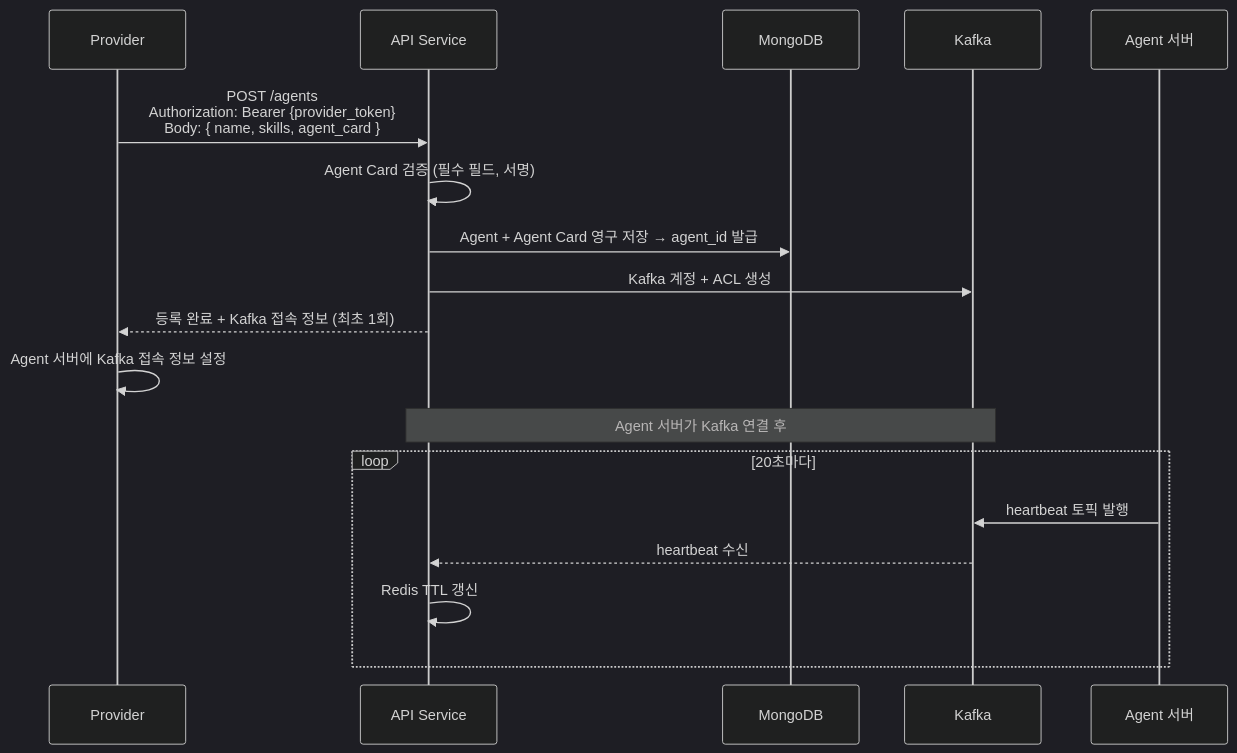
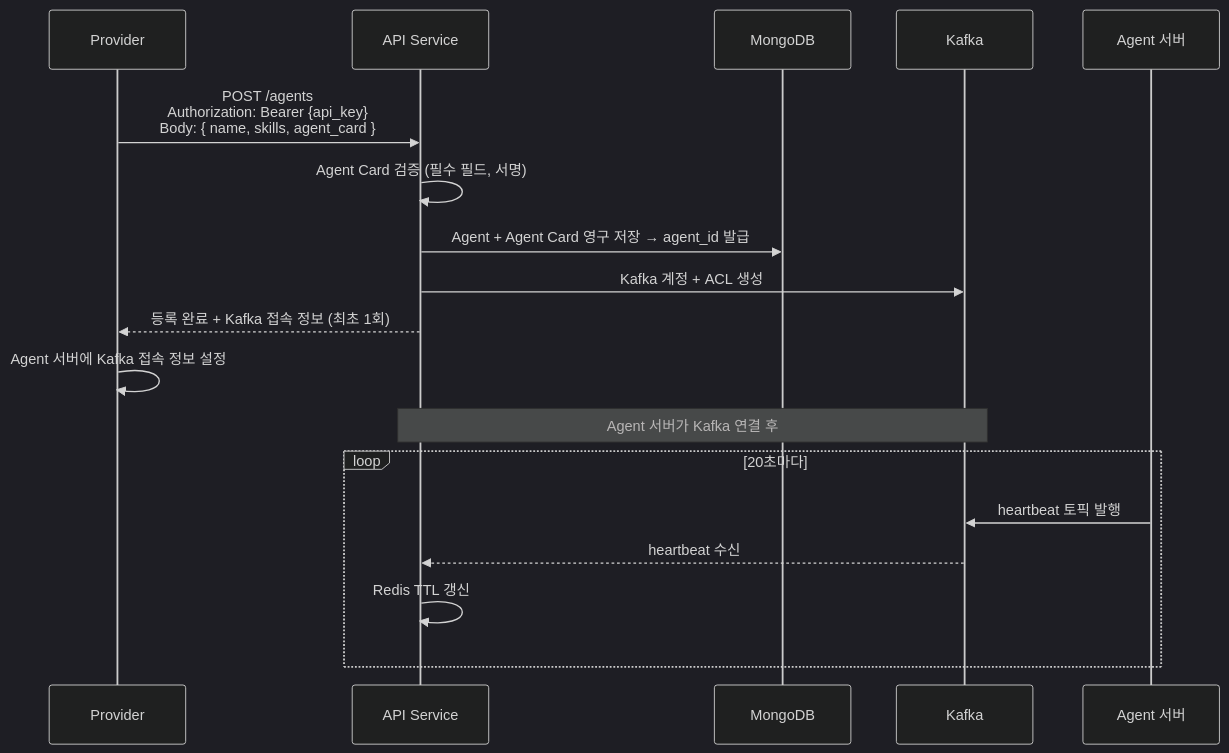
One commit to genie49/bara-world changed the third of 3 diagrams in docs/spec/api/agent-registry.md. Above: the diagram before and after it, drawn with Mermaid (dark theme). The commit also changed other lines of this file and 12 other files, not shown here.

First line of the commit message:
docs: User Refresh Token + Provider API Key 설계 및 문서 업데이트

````diff
--- a/docs/spec/api/agent-registry.md
+++ b/docs/spec/api/agent-registry.md
@@ -135,26 +135,26 @@
 ```mermaid
 sequenceDiagram
     participant P as Provider
     participant R as API Service
     participant Mongo as MongoDB
     participant K as Kafka
 
-    P->>R: POST /agents<br/>Authorization: Bearer {provider_token}<br/>Body: { name, skills, agent_card }
+    P->>R: POST /agents<br/>Authorization: Bearer {api_key}<br/>Body: { name, skills, agent_card }
 
     R->>R: Agent Card 검증 (필수 필드, 서명)
     R->>Mongo: Agent + Agent Card 영구 저장 → agent_id 발급
     R->>K: Kafka 계정 + ACL 생성
 
     R-->>P: 등록 완료 + Kafka 접속 정보 (최초 1회)
 
     P->>P: Agent 서버에 Kafka 접속 정보 설정
 
     Note over R,K: Agent 서버가 Kafka 연결 후
 
     loop 20초마다
         participant A as Agent 서버
         A->>K: heartbeat 토픽 발행
         K-->>R: heartbeat 수신
         R->>R: Redis TTL 갱신
     end
 ```
````
